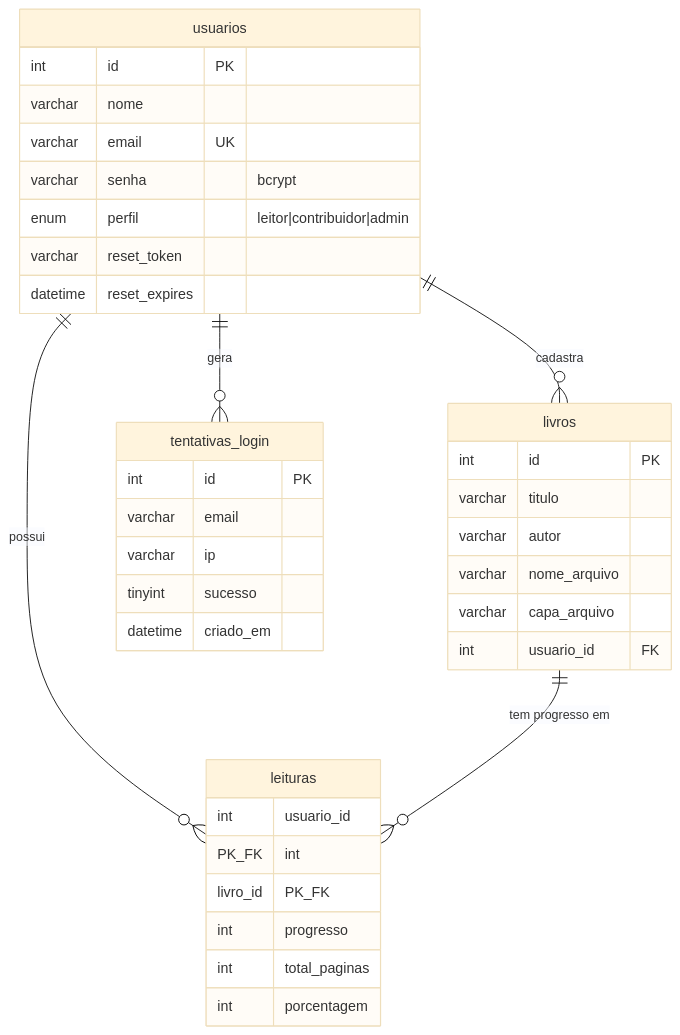
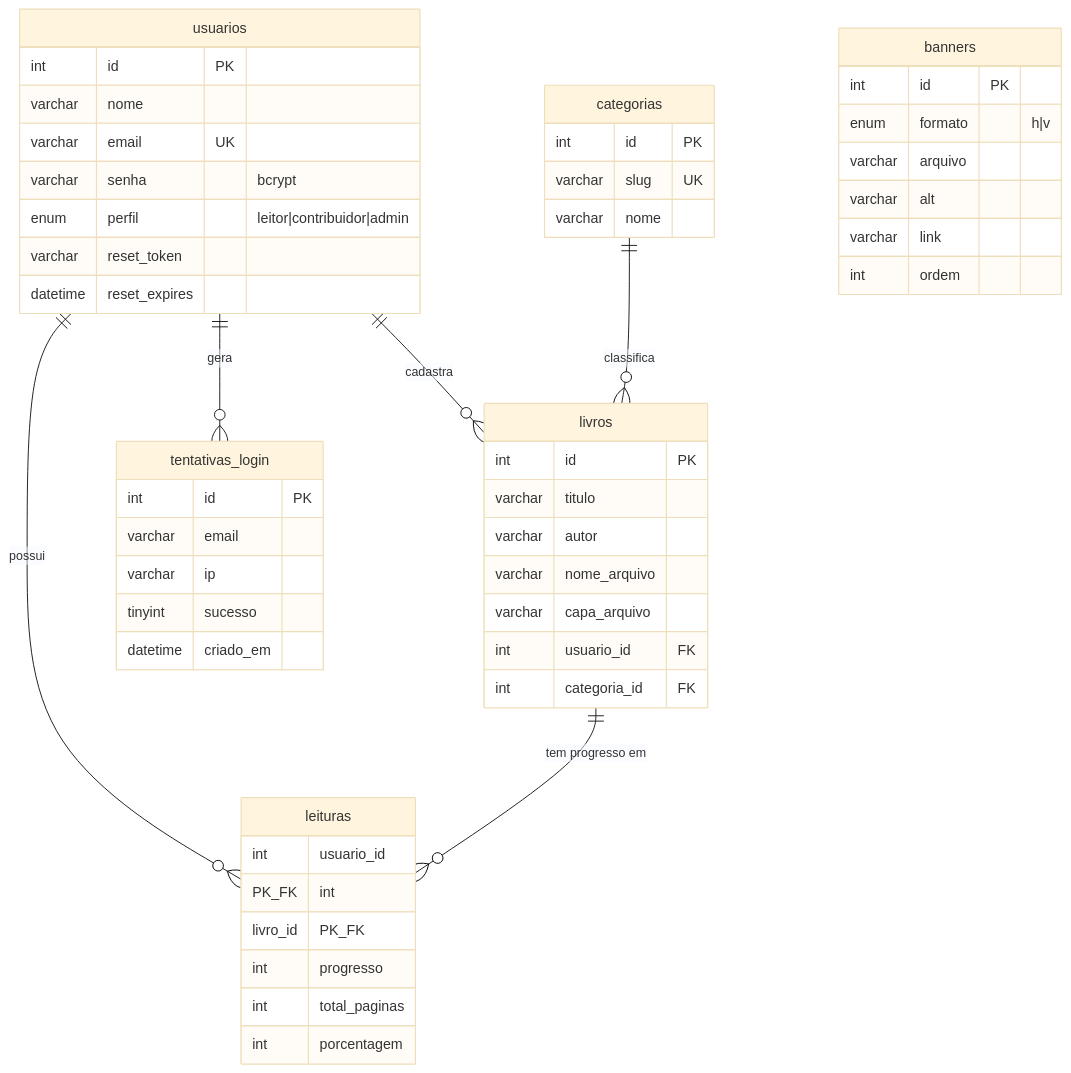
One commit to ariceliomouradev/ebook-v2 changed the second of 2 diagrams in README.md. Above: the diagram before and after it, drawn with Mermaid (base theme). The commit also changed other lines of this file and 86 other files, not shown here.

````diff
--- a/README.md
+++ b/README.md
@@ -298,39 +349,54 @@
 ```mermaid
 erDiagram
     usuarios ||--o{ livros : cadastra
     usuarios ||--o{ leituras : possui
     livros ||--o{ leituras : "tem progresso em"
     usuarios ||--o{ tentativas_login : gera
+    categorias ||--o{ livros : classifica
 
     usuarios {
         int id PK
         varchar nome
         varchar email UK
         varchar senha "bcrypt"
         enum perfil "leitor|contribuidor|admin"
         varchar reset_token
         datetime reset_expires
     }
     livros {
         int id PK
         varchar titulo
         varchar autor
         varchar nome_arquivo
         varchar capa_arquivo
         int usuario_id FK
+        int categoria_id FK
+    }
+    categorias {
+        int id PK
+        varchar slug UK
+        varchar nome
+    }
+    banners {
+        int id PK
+        enum formato "h|v"
+        varchar arquivo
+        varchar alt
+        varchar link
+        int ordem
     }
     leituras {
         int usuario_id PK_FK
         int livro_id PK_FK
         int progresso
         int total_paginas
         int porcentagem
     }
     tentativas_login {
         int id PK
         varchar email
         varchar ip
         tinyint sucesso
         datetime criado_em
     }
 ```
````
